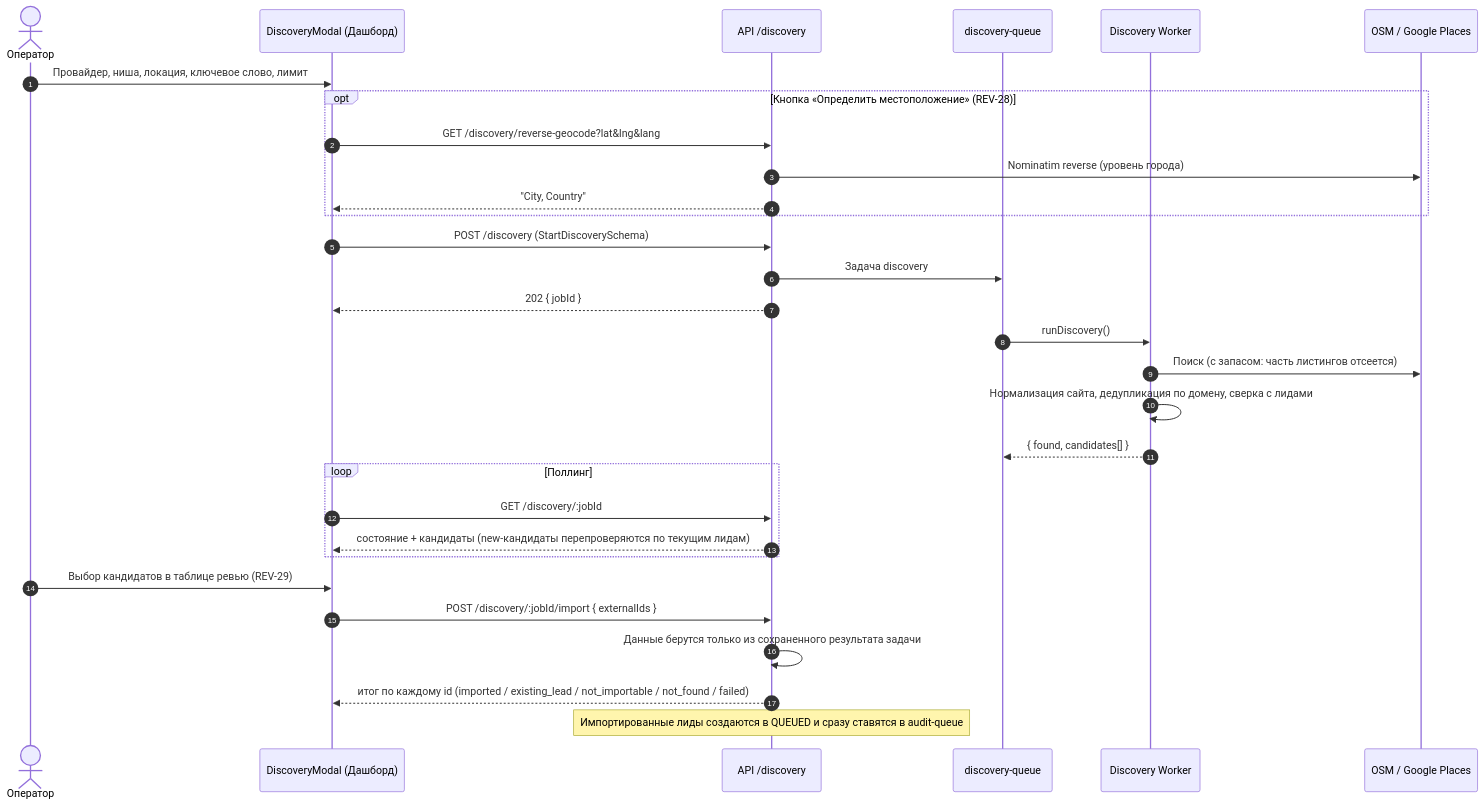
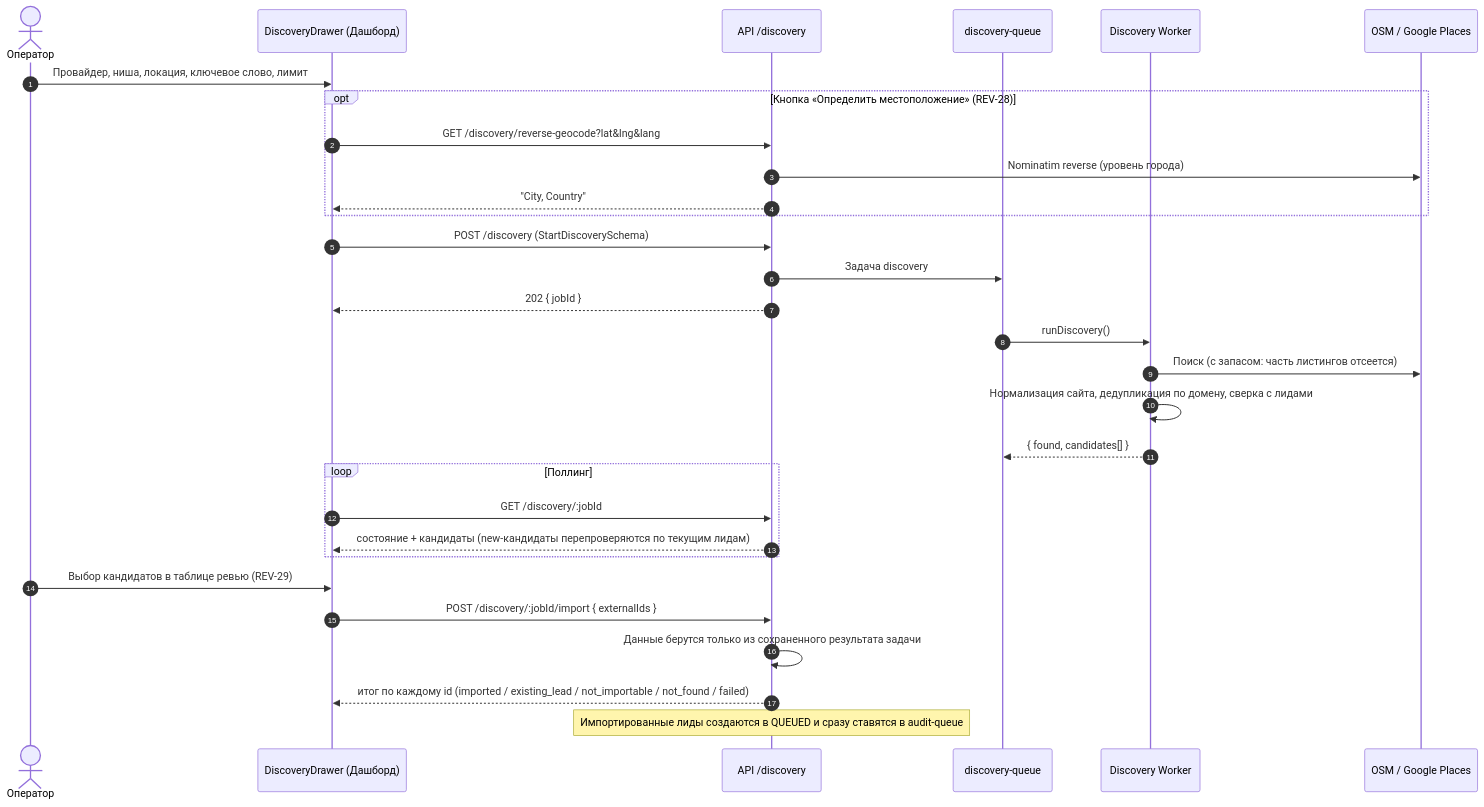
The third of 10 diagrams in blueprint.md (yurykurouski/revamp-docs), drawn with Mermaid before and after one commit. The commit also changed other lines of this file and 2 other files, not shown here.

Commit message:
docs(REV-78): discovery as a side-drawer wizard (Where, Review, Import)
Claude-Session: https://claude.ai/code/session_012Zty6vFm1GUZER3RjqKwmL

````diff
--- a/blueprint.md
+++ b/blueprint.md
@@ -104,33 +104,33 @@
 ```mermaid
 sequenceDiagram
     autonumber
     actor Op as Оператор
-    participant UI as DiscoveryModal (Дашборд)
+    participant UI as DiscoveryDrawer (Дашборд)
     participant API as API /discovery
     participant Q as discovery-queue
     participant W as Discovery Worker
     participant P as OSM / Google Places
 
     Op->>UI: Провайдер, ниша, локация, ключевое слово, лимит
     opt Кнопка «Определить местоположение» (REV-28)
         UI->>API: GET /discovery/reverse-geocode?lat&lng&lang
         API->>P: Nominatim reverse (уровень города)
         API-->>UI: "City, Country"
     end
     UI->>API: POST /discovery (StartDiscoverySchema)
     API->>Q: Задача discovery
     API-->>UI: 202 { jobId }
     Q->>W: runDiscovery()
     W->>P: Поиск (с запасом: часть листингов отсеется)
     W->>W: Нормализация сайта, дедупликация по домену, сверка с лидами
     W-->>Q: { found, candidates[] }
     loop Поллинг
         UI->>API: GET /discovery/:jobId
         API-->>UI: состояние + кандидаты (new-кандидаты перепроверяются по текущим лидам)
     end
     Op->>UI: Выбор кандидатов в таблице ревью (REV-29)
     UI->>API: POST /discovery/:jobId/import { externalIds }
     API->>API: Данные берутся только из сохраненного результата задачи
     API-->>UI: итог по каждому id (imported / existing_lead / not_importable / not_found / failed)
     Note over API: Импортированные лиды создаются в QUEUED и сразу ставятся в audit-queue
 ```
````
